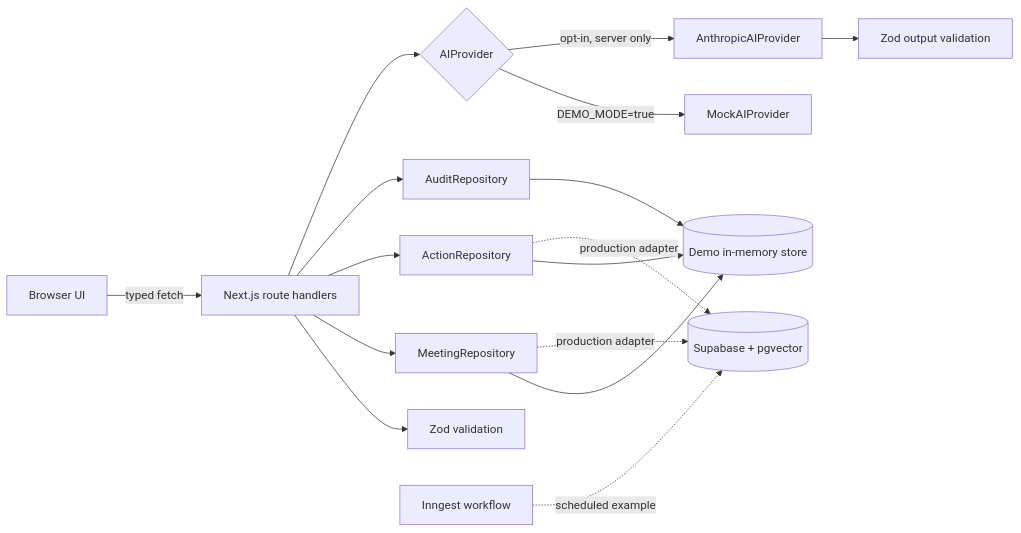
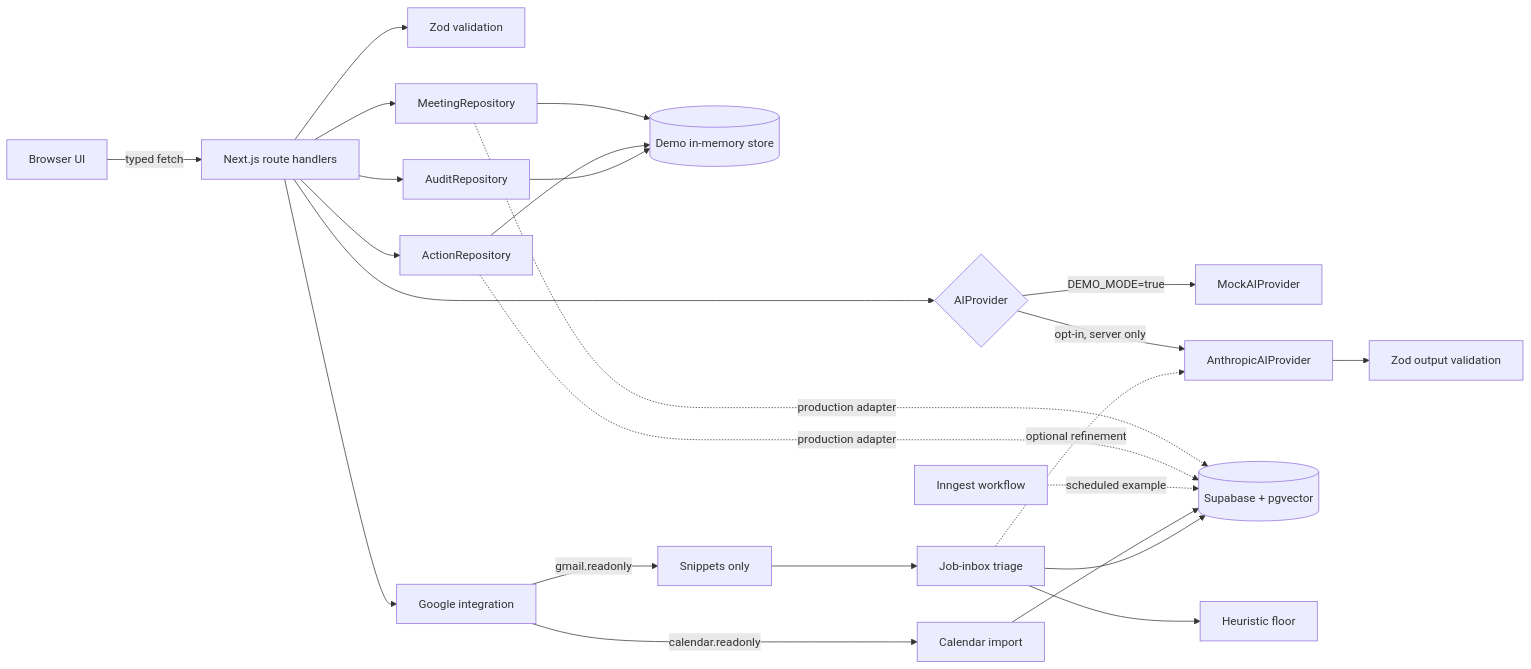
One commit to Sonawane07/contextflow-ai-meeting-copilot changed the first of 2 diagrams in README.md. Above: the diagram before and after it, drawn with Mermaid. The commit also changed other lines of this file, not shown here.

First line of the commit message:
Document the job-application inbox and Google integration

````diff
--- a/README.md
+++ b/README.md
@@ -159,21 +162,30 @@
 ```mermaid
 flowchart LR
     U[Browser UI] -->|typed fetch| R[Next.js route handlers]
     R --> V[Zod validation]
     R --> MR[MeetingRepository]
     R --> AR[ActionRepository]
     R --> AU[AuditRepository]
     R --> P{AIProvider}
     MR --> DS[(Demo in-memory store)]
     AR --> DS
     AU --> DS
     P -->|DEMO_MODE=true| M[MockAIProvider]
     P -->|opt-in, server only| A[AnthropicAIProvider]
     A --> Z[Zod output validation]
 
     DB[(Supabase + pgvector)]
     IQ[Inngest workflow]
     MR -. production adapter .-> DB
     AR -. production adapter .-> DB
     IQ -. scheduled example .-> DB
+
+    R --> G[Google integration]
+    G -->|calendar.readonly| GC[Calendar import]
+    G -->|gmail.readonly| GM[Snippets only]
+    GM --> T[Job-inbox triage]
+    T --> H[Heuristic floor]
+    T -. optional refinement .-> A
+    GC --> DB
+    T --> DB
 ```
````
